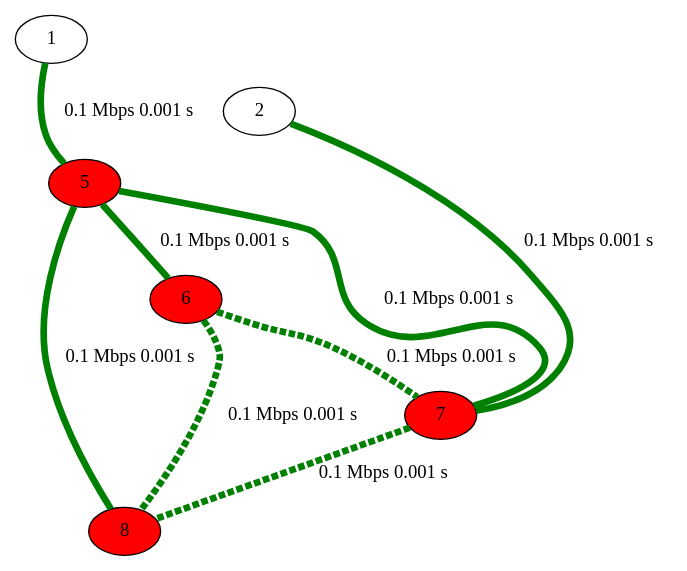
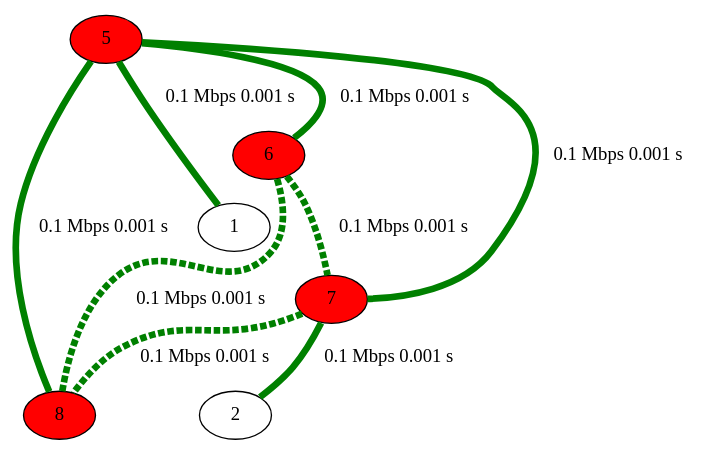
The diagram in network.gv (nonononoka/ntSimulator), drawn with Graphviz before and after one commit. The commit also changed other lines of this file and 9 other files, not shown here.

```diff
--- a/network.gv
+++ b/network.gv
@@ -1,64 +1,64 @@
 strict graph {
 
 
-	"1" [  weight=0 ];
+	"5" [ fillcolor="red", style="filled",  weight=0 ];
 
-	"1" -- "5" [ color="green", label="0.1 Mbps 0.001 s
-", penwidth="5.00",  weight=0 ];
-
-	"2" [  weight=0 ];
-
-	"2" -- "7" [ color="green", label="0.1 Mbps 0.001 s
+	"5" -- "8" [ color="green", label="0.1 Mbps 0.001 s
 ", penwidth="5.00", style="",  weight=0 ];
 
-	"5" [ fillcolor="red", style="filled",  weight=0 ];
+	"5" -- "1" [ color="green", label="0.1 Mbps 0.001 s
+", penwidth="5.00",  weight=0 ];
 
 	"5" -- "6" [ color="green", label="0.1 Mbps 0.001 s
 ", penwidth="5.00", style="",  weight=0 ];
 
 	"5" -- "7" [ color="green", label="0.1 Mbps 0.001 s
 ", penwidth="5.00", style="",  weight=0 ];
-
-	"5" -- "8" [ color="green", label="0.1 Mbps 0.001 s
-", penwidth="5.00", style="",  weight=0 ];
-
-	"5" -- "1" [ color="green", label="0.1 Mbps 0.001 s
-", penwidth="5.00",  weight=0 ];
 
 	"6" [ fillcolor="red", style="filled",  weight=0 ];
 
 	"6" -- "5" [ color="green", label="0.1 Mbps 0.001 s
 ", penwidth="5.00", style="",  weight=0 ];
 
 	"6" -- "7" [ color="green", label="0.1 Mbps 0.001 s
 ", penwidth="5.00", style="dashed",  weight=0 ];
 
 	"6" -- "8" [ color="green", label="0.1 Mbps 0.001 s
 ", penwidth="5.00", style="dashed",  weight=0 ];
 
 	"7" [ fillcolor="red", style="filled",  weight=0 ];
 
+	"7" -- "5" [ color="green", label="0.1 Mbps 0.001 s
+", penwidth="5.00", style="",  weight=0 ];
+
+	"7" -- "6" [ color="green", label="0.1 Mbps 0.001 s
+", penwidth="5.00", style="dashed",  weight=0 ];
+
 	"7" -- "8" [ color="green", label="0.1 Mbps 0.001 s
 ", penwidth="5.00", style="dashed",  weight=0 ];
 
 	"7" -- "2" [ color="green", label="0.1 Mbps 0.001 s
 ", penwidth="5.00", style="",  weight=0 ];
 
-	"7" -- "5" [ color="green", label="0.1 Mbps 0.001 s
-", penwidth="5.00", style="",  weight=0 ];
-
-	"7" -- "6" [ color="green", label="0.1 Mbps 0.001 s
-", penwidth="5.00", style="dashed",  weight=0 ];
-
 	"8" [ fillcolor="red", style="filled",  weight=0 ];
-
-	"8" -- "5" [ color="green", label="0.1 Mbps 0.001 s
-", penwidth="5.00", style="",  weight=0 ];
 
 	"8" -- "6" [ color="green", label="0.1 Mbps 0.001 s
 ", penwidth="5.00", style="dashed",  weight=0 ];
 
 	"8" -- "7" [ color="green", label="0.1 Mbps 0.001 s
 ", penwidth="5.00", style="dashed",  weight=0 ];
 
+	"8" -- "5" [ color="green", label="0.1 Mbps 0.001 s
+", penwidth="5.00", style="",  weight=0 ];
+
+	"1" [  weight=0 ];
+
+	"1" -- "5" [ color="green", label="0.1 Mbps 0.001 s
+", penwidth="5.00",  weight=0 ];
+
+	"2" [  weight=0 ];
+
+	"2" -- "7" [ color="green", label="0.1 Mbps 0.001 s
+", penwidth="5.00", style="",  weight=0 ];
+
 }
```
